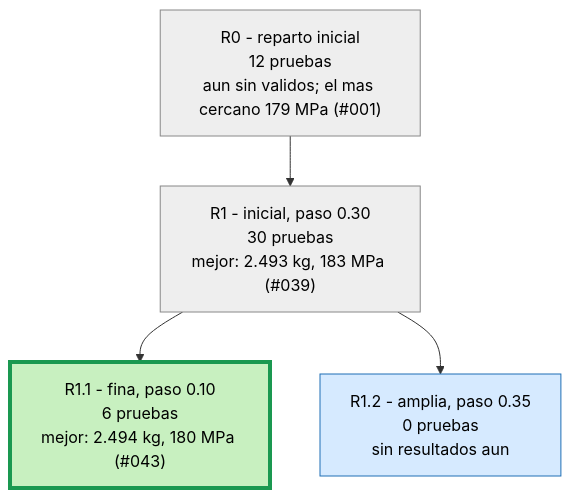
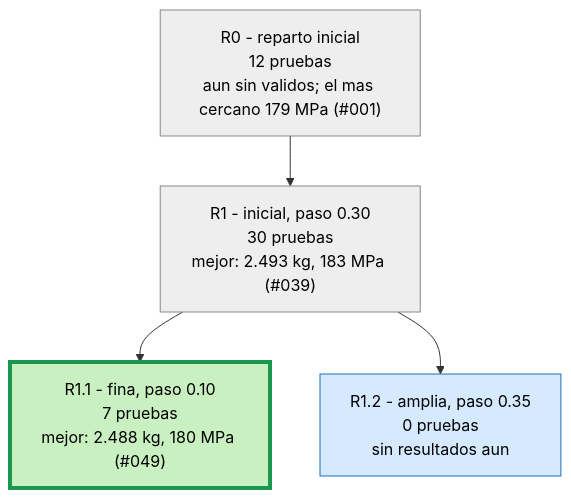
Before and after one commit to Hugiko/msd-soporte-optimizacion: the second of 3 diagrams in runs/opt_37800N/ARBOL.md, drawn with Mermaid. The commit also changed 47 other files, not shown here.

Commit message:
NUEVO MEJOR DISENO: 2.488 kg, 180 MPa (Refuerzo + vaciado 049)

````diff
--- a/runs/opt_37800N/ARBOL.md
+++ b/runs/opt_37800N/ARBOL.md
@@ -21,13 +21,13 @@
 ```mermaid
 graph TD
 classDef activa fill:#d6eaff,stroke:#1f6fb5,color:#000
 classDef fin fill:#eeeeee,stroke:#888,color:#000
 classDef mejor fill:#c8f0c0,stroke:#1a9850,stroke-width:4px,color:#000
 R0["R0 - reparto inicial<br/>12 pruebas<br/>aun sin validos; el mas cercano 179 MPa (#001)"]:::fin
 R1["R1 - inicial, paso 0.30<br/>30 pruebas<br/>mejor: 2.493 kg, 183 MPa (#039)"]:::fin
 R0 --> R1
-R1_1["R1.1 - fina, paso 0.10<br/>6 pruebas<br/>mejor: 2.494 kg, 180 MPa (#043)"]:::mejor
+R1_1["R1.1 - fina, paso 0.10<br/>7 pruebas<br/>mejor: 2.488 kg, 180 MPa (#049)"]:::mejor
 R1 --> R1_1
 R1_2["R1.2 - amplia, paso 0.35<br/>0 pruebas<br/>sin resultados aun"]:::activa
 R1 --> R1_2
 ```
````
